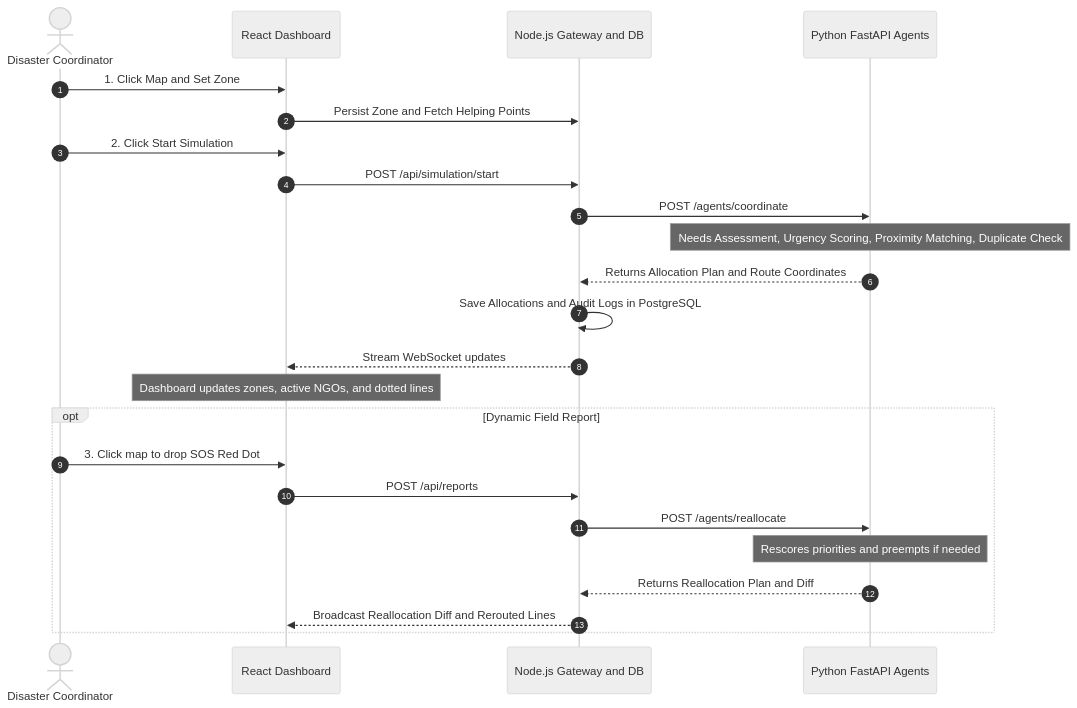
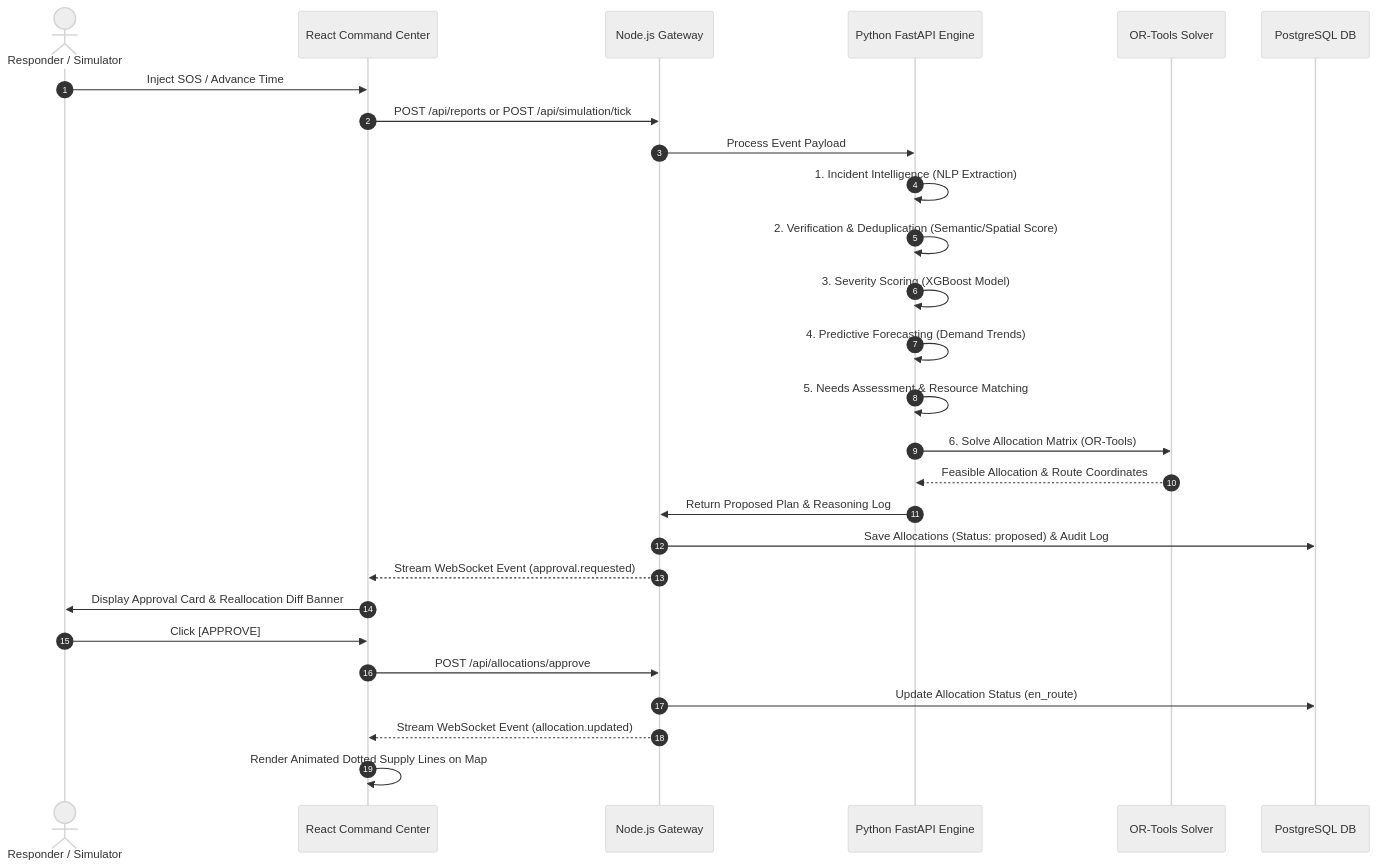
One commit to Ajinkya-909/RESQ-KurukuShetra changed the second of 2 diagrams in documentation/PRD.md. Above: the diagram before and after it, drawn with Mermaid (neutral theme). The commit also changed other lines of this file and 1 other file, not shown here.

````diff
--- a/documentation/PRD.md
+++ b/documentation/PRD.md
@@ -53,28 +107,34 @@
 ```mermaid
 sequenceDiagram
     autonumber
-    actor User as Disaster Coordinator
-    participant FE as React Dashboard
-    participant BE as Node.js Gateway and DB
-    participant ML as Python FastAPI Agents
+    actor User as Responder / Simulator
+    participant FE as React Command Center
+    participant Gateway as Node.js Gateway
+    participant AgentSvc as Python FastAPI Engine
+    participant Solver as OR-Tools Solver
+    participant DB as PostgreSQL DB
 
-    User->>FE: 1. Click Map and Set Zone
-    FE->>BE: Persist Zone and Fetch Helping Points
-    User->>FE: 2. Click Start Simulation
-    FE->>BE: POST /api/simulation/start
-    BE->>ML: POST /agents/coordinate
-    Note over ML: Needs Assessment, Urgency Scoring, Proximity Matching, Duplicate Check
-    ML-->>BE: Returns Allocation Plan and Route Coordinates
-    BE->>BE: Save Allocations and Audit Logs in PostgreSQL
-    BE-->>FE: Stream WebSocket updates
-    Note over FE: Dashboard updates zones, active NGOs, and dotted lines
+    User->>FE: Inject SOS / Advance Time
+    FE->>Gateway: POST /api/reports or POST /api/simulation/tick
+    Gateway->>AgentSvc: Process Event Payload
     
-    opt Dynamic Field Report
-        User->>FE: 3. Click map to drop SOS Red Dot
-        FE->>BE: POST /api/reports
-        BE->>ML: POST /agents/reallocate
-        Note over ML: Rescores priorities and preempts if needed
-        ML-->>BE: Returns Reallocation Plan and Diff
-        BE-->>FE: Broadcast Reallocation Diff and Rerouted Lines
-    end
+    AgentSvc->>AgentSvc: 1. Incident Intelligence (NLP Extraction)
+    AgentSvc->>AgentSvc: 2. Verification & Deduplication (Semantic/Spatial Score)
+    AgentSvc->>AgentSvc: 3. Severity Scoring (XGBoost Model)
+    AgentSvc->>AgentSvc: 4. Predictive Forecasting (Demand Trends)
+    AgentSvc->>AgentSvc: 5. Needs Assessment & Resource Matching
+    
+    AgentSvc->>Solver: 6. Solve Allocation Matrix (OR-Tools)
+    Solver-->>AgentSvc: Feasible Allocation & Route Coordinates
+    
+    AgentSvc->>Gateway: Return Proposed Plan & Reasoning Log
+    Gateway->>DB: Save Allocations (Status: proposed) & Audit Log
+    Gateway-->>FE: Stream WebSocket Event (approval.requested)
+    
+    FE->>User: Display Approval Card & Reallocation Diff Banner
+    User->>FE: Click [APPROVE]
+    FE->>Gateway: POST /api/allocations/approve
+    Gateway->>DB: Update Allocation Status (en_route)
+    Gateway-->>FE: Stream WebSocket Event (allocation.updated)
+    FE->>FE: Render Animated Dotted Supply Lines on Map
 ```
````
